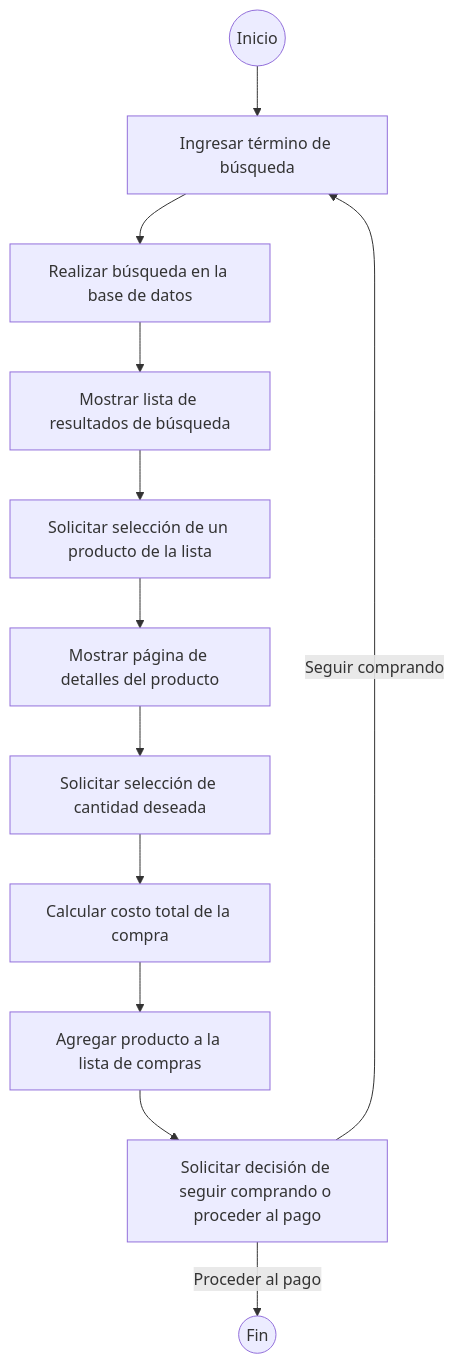
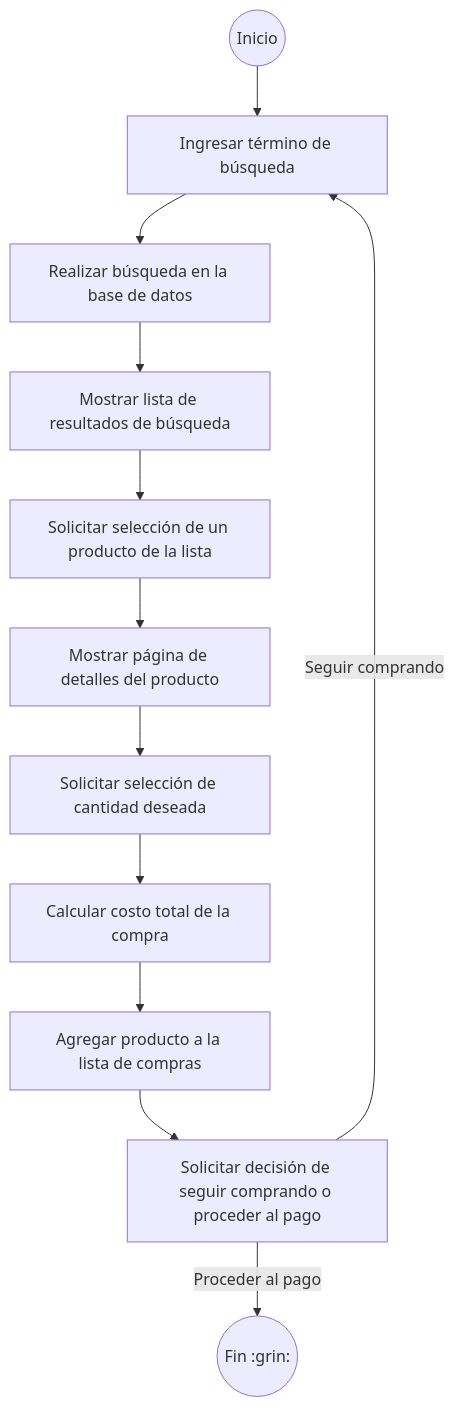
One commit to Coyote938/ActividadDocDrogueria changed the diagram in README.md. Above: the diagram before and after it, drawn with Mermaid.

````diff
--- a/README.md
+++ b/README.md
@@ -12,15 +12,15 @@
 ```mermaid
 graph TD;
   A((Inicio))-->B[Ingresar término de búsqueda];
      B-->C[Realizar búsqueda en la base de datos];
      C-->D[Mostrar lista de resultados de búsqueda];
      D-->E[Solicitar selección de un producto de la lista];
      E-->F[Mostrar página de detalles del producto];
      F-->G[Solicitar selección de cantidad deseada];
      G-->H[Calcular costo total de la compra];
      H-->I[Agregar producto a la lista de compras];
      I-->J[Solicitar decisión de seguir comprando o proceder al pago]; 
      J-- Seguir comprando -->B;
      J-- Proceder al pago -->K[Proceso de pago];
-  K((Fin));
+  K((Fin :grin:));
 ```
````
